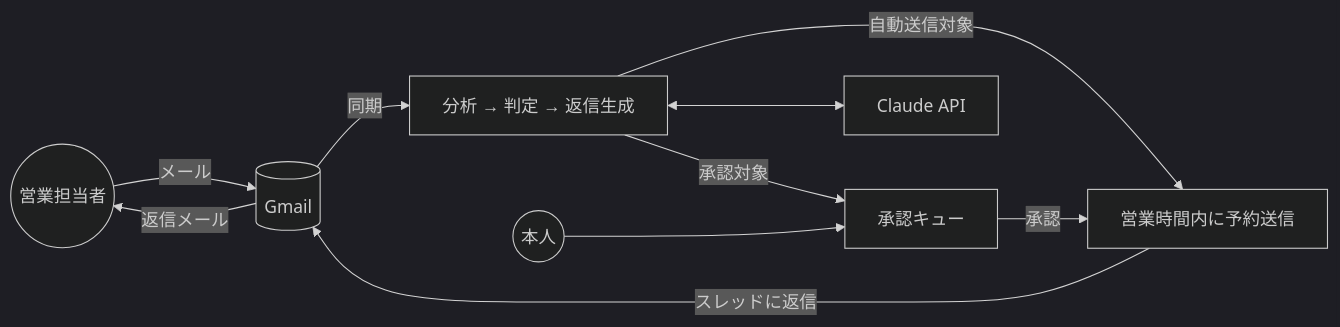
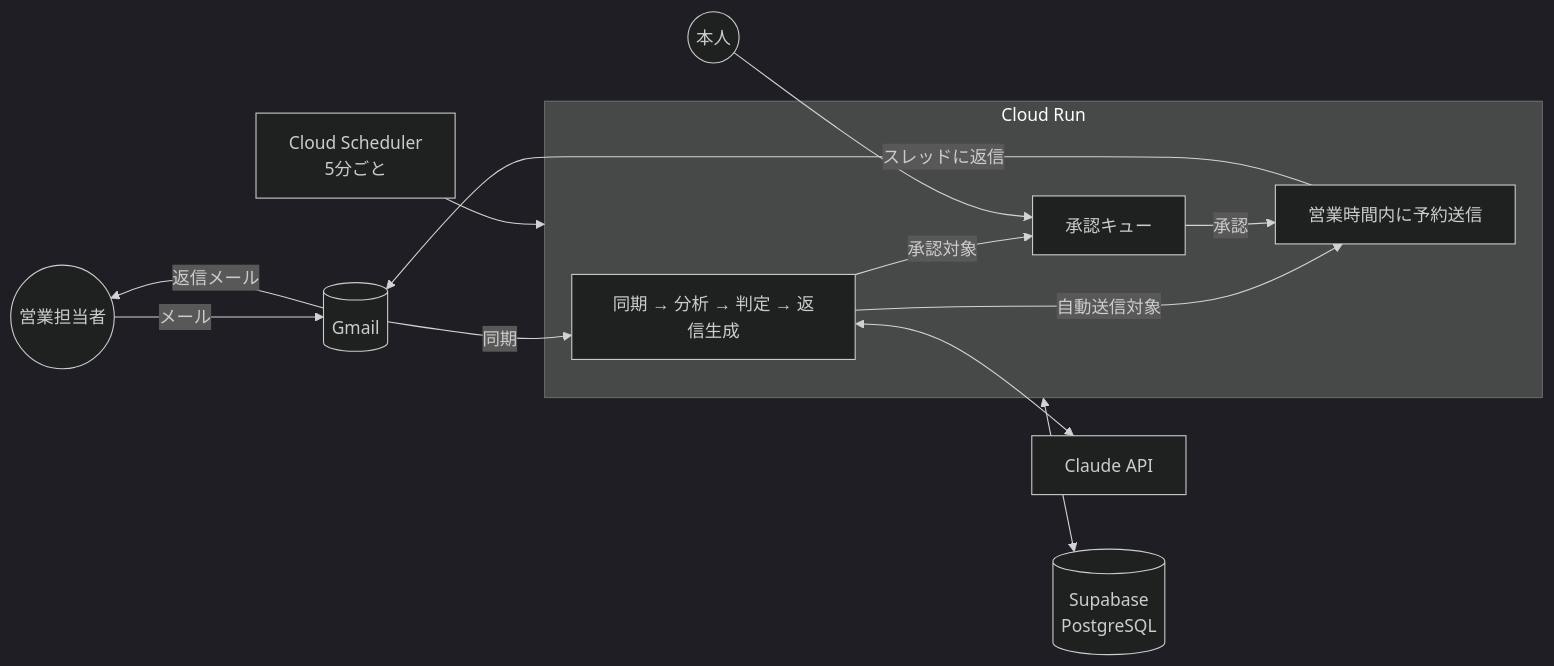
One commit to shunshun0904/agentagent changed the diagram in README.md. Above: the diagram before and after it, drawn with Mermaid (dark theme). The commit also changed other lines of this file and 38 other files, not shown here.

First line of the commit message:
完全クラウド化: Google Cloud Run + Supabase で24時間動かす構成に対応

````diff
--- a/README.md
+++ b/README.md
@@ -19,12 +21,16 @@
 ```mermaid
 flowchart LR
   A((営業担当者)) -- メール --> G[(Gmail)]
-  G -- 同期 --> P[分析 → 判定 → 返信生成]
-  P -- 自動送信対象 --> S[営業時間内に予約送信]
-  P -- 承認対象 --> Q[承認キュー]
-  Q -- 承認 --> S
+  CS[Cloud Scheduler<br/>5分ごと] --> CR
+  subgraph CR[Cloud Run]
+    P[同期 → 分析 → 判定 → 返信生成] -- 自動送信対象 --> S[営業時間内に予約送信]
+    P -- 承認対象 --> Q[承認キュー]
+    Q -- 承認 --> S
+  end
+  G -- 同期 --> P
   S -- スレッドに返信 --> G
   G -- 返信メール --> A
   P <--> C[Claude API]
+  CR <--> DB[(Supabase<br/>PostgreSQL)]
   U((本人)) --> Q
 ```
````
